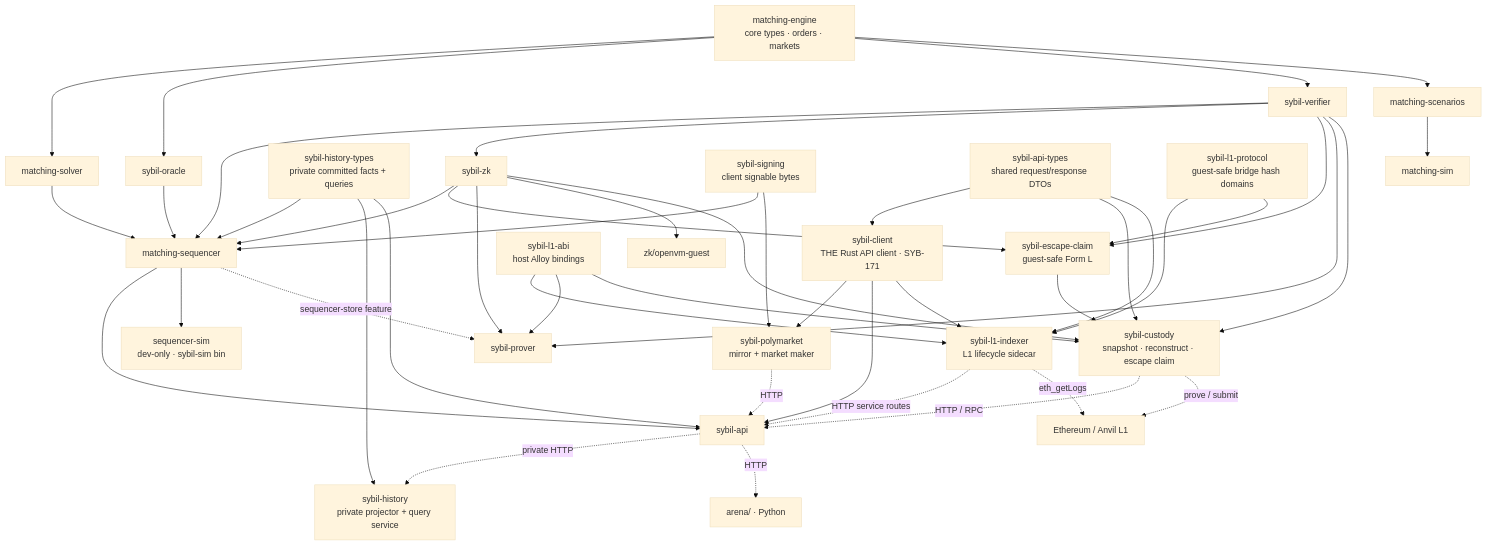
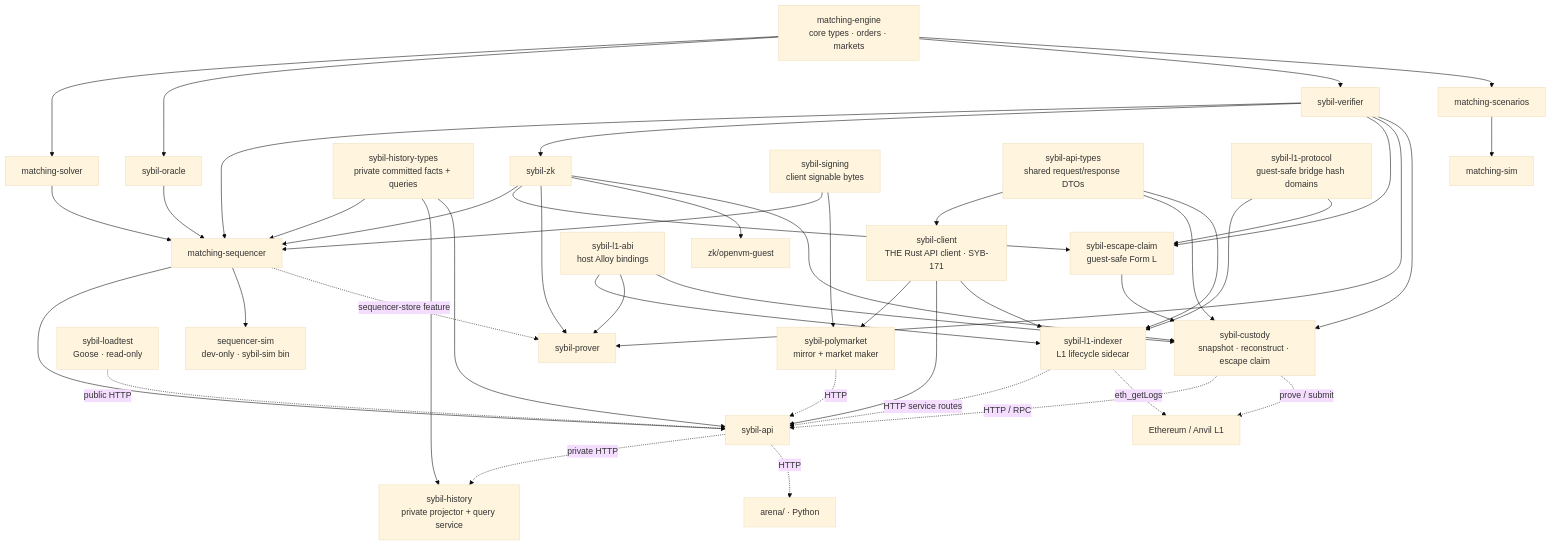
One commit to MetaB0y/sybil changed the diagram in docs/architecture/Crate Dependency Map.md. Above: the diagram before and after it, drawn with Mermaid (base theme). The commit also changed other lines of this file and 11 other files, not shown here.

````diff
--- a/docs/architecture/Crate Dependency Map.md
+++ b/docs/architecture/Crate Dependency Map.md
@@ -58,53 +58,54 @@
 ```mermaid
 graph TB
     ENGINE["matching-engine<br/>core types · orders · markets"]
 
     ENGINE --> SOLVER["matching-solver"]
     ENGINE --> ORACLE["sybil-oracle"]
     ENGINE --> VERIFIER["sybil-verifier"]
     ENGINE --> SCENARIOS["matching-scenarios"]
 
     SOLVER --> SEQ["matching-sequencer"]
     ORACLE --> SEQ
     VERIFIER --> SEQ
     ZK --> SEQ
 
     SEQ --> API["sybil-api"]
     HISTTYPES["sybil-history-types<br/>private committed facts + queries"] --> SEQ
     HISTTYPES --> HIST["sybil-history<br/>private projector + query service"]
     HISTTYPES --> API
     API -.->|"private HTTP"| HIST
     SEQ --> SEQSIM["sequencer-sim<br/>dev-only · sybil-sim bin"]
     API -.->|"HTTP"| ARENA["arena/ · Python"]
+    LOADTEST["sybil-loadtest<br/>Goose · read-only"] -.->|"public HTTP"| API
 
     SCENARIOS --> SIM["matching-sim"]
     VERIFIER --> ZK["sybil-zk"]
     VERIFIER --> ESCAPEGUEST["sybil-escape-claim<br/>guest-safe Form L"]
     ZK --> ESCAPEGUEST
     VERIFIER --> PROVER["sybil-prover"]
     ZK --> PROVER
     SEQ -.->|"sequencer-store feature"| PROVER
     ZK --> OPENVM["zk/openvm-guest"]
 
     SIGNING["sybil-signing<br/>client signable bytes"] --> SEQ
     SIGNING --> POLY
     TYPES["sybil-api-types<br/>shared request/response DTOs"] --> CLIENT["sybil-client<br/>THE Rust API client · SYB-171"]
     CLIENT --> POLY["sybil-polymarket<br/>mirror + market maker"]
     CLIENT --> API
     POLY -.->|"HTTP"| API
     L1PROTO["sybil-l1-protocol<br/>guest-safe bridge hash domains"] --> L1INDEXER["sybil-l1-indexer<br/>L1 lifecycle sidecar"]
     L1ABI["sybil-l1-abi<br/>host Alloy bindings"] --> L1INDEXER
     L1ABI --> PROVER
     L1ABI --> CUSTODY
     L1PROTO --> ESCAPEGUEST
     ESCAPEGUEST --> CUSTODY["sybil-custody<br/>snapshot · reconstruct · escape claim"]
     VERIFIER --> CUSTODY
     ZK --> CUSTODY
     TYPES --> CUSTODY
     CUSTODY -.->|"HTTP / RPC"| API
     CUSTODY -.->|"prove / submit"| L1
     TYPES --> L1INDEXER
     CLIENT --> L1INDEXER
     L1INDEXER -.->|"HTTP service routes"| API
     L1INDEXER -.->|"eth_getLogs"| L1["Ethereum / Anvil L1"]
 ```
````
